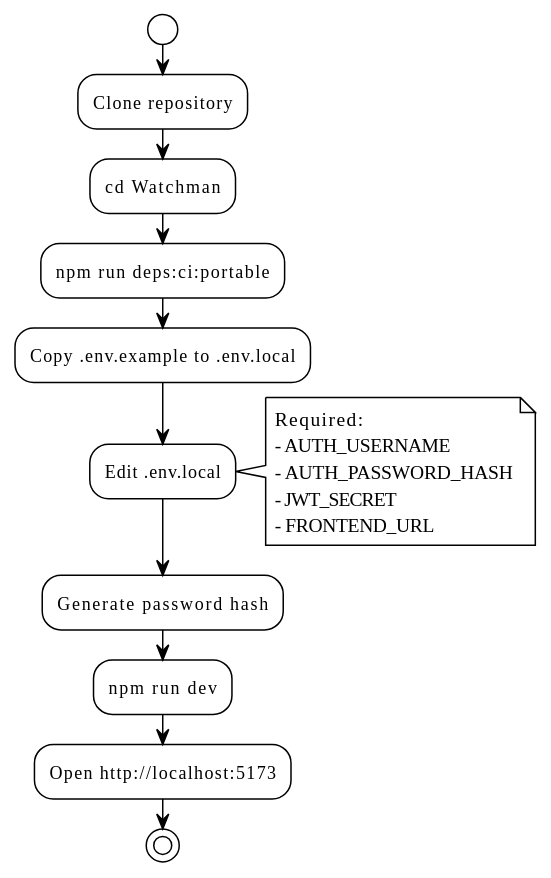
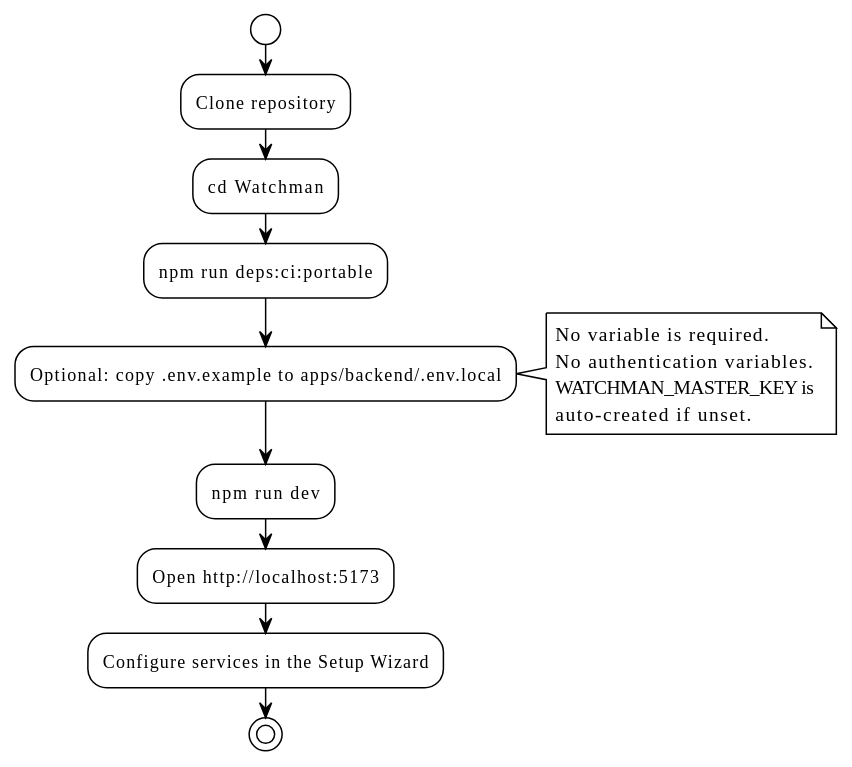
One commit to EraPartner/Watchman changed the first of 2 diagrams in docs/guides/setup.md. Above: the diagram before and after it, drawn with PlantUML. The commit also changed other lines of this file and 32 other files, not shown here.

````diff
--- a/docs/guides/setup.md
+++ b/docs/guides/setup.md
@@ -167,33 +163,30 @@
 ```plantuml
 @startuml
 !theme plain
 
 start
 
 :Clone repository;
 
 :cd Watchman;
 
 :npm run deps:ci:portable;
 
-:Copy .env.example to .env.local;
-
-:Edit .env.local;
+:Optional: copy .env.example to apps/backend/.env.local;
 
 note right
-  Required:
-  - AUTH_USERNAME
-  - AUTH_PASSWORD_HASH
-  - JWT_SECRET
-  - FRONTEND_URL
+  No variable is required.
+  No authentication variables.
+  WATCHMAN_MASTER_KEY is
+  auto-created if unset.
 end note
-
-:Generate password hash;
 
 :npm run dev;
 
 :Open http://localhost:5173;
 
+:Configure services in the Setup Wizard;
+
 stop
 @enduml
 ```
````
